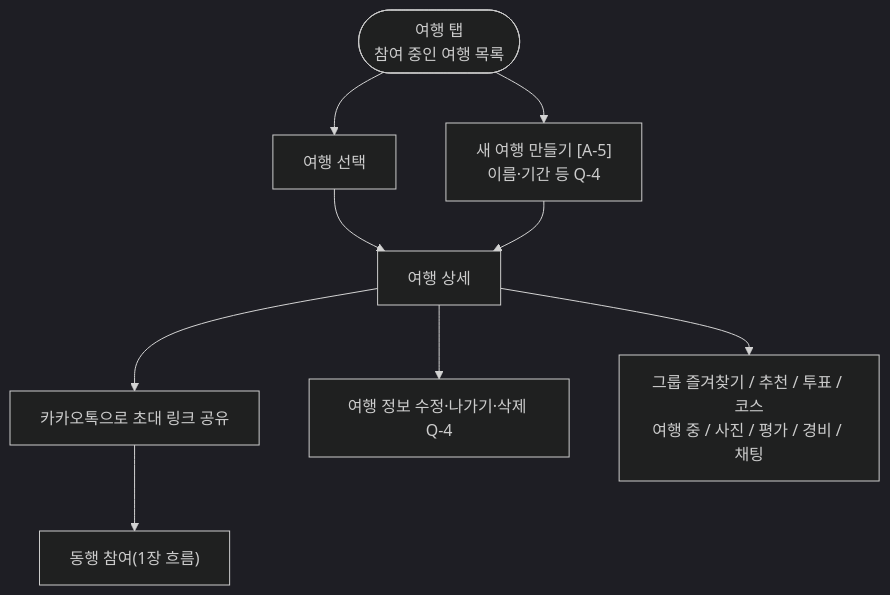
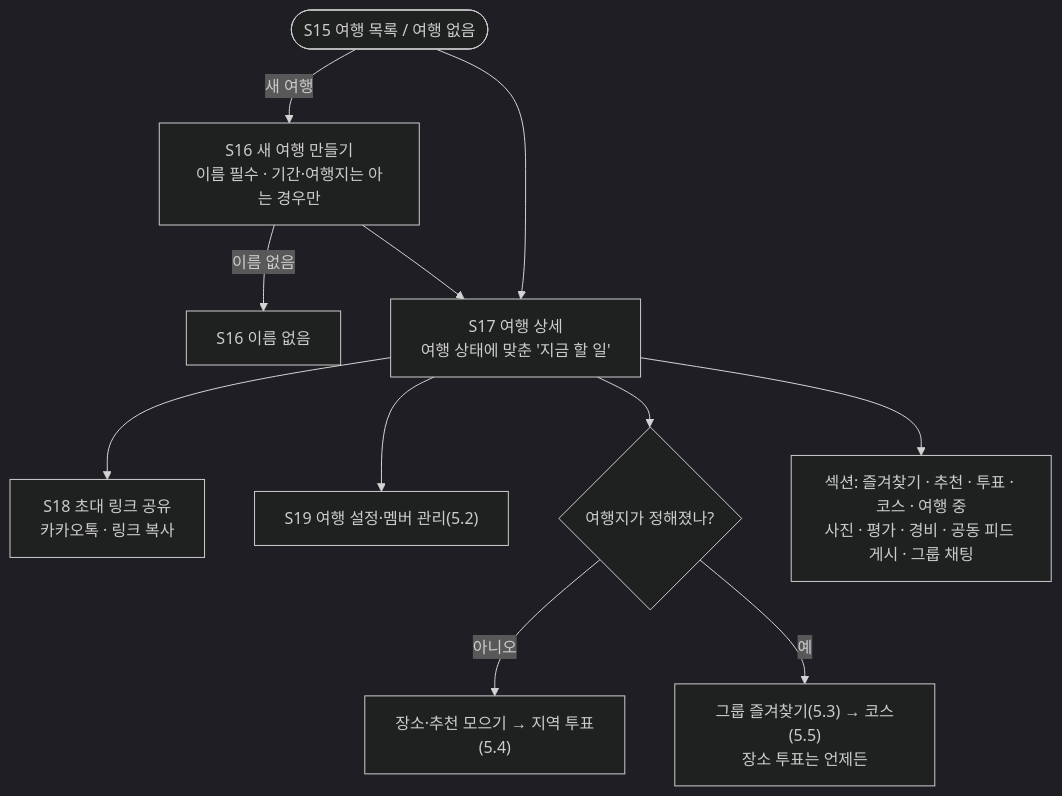
Before and after one commit to a204-eodilog/eodilog: the ninth of 24 diagrams in docs/flow/user-flow.md, drawn with Mermaid (dark theme). The commit also changed other lines of this file, not shown here.

````diff
--- a/docs/flow/user-flow.md
+++ b/docs/flow/user-flow.md
@@ -240,10 +230,13 @@
 ```mermaid
 flowchart TD
-    TL(["여행 탭<br/>참여 중인 여행 목록"]) --> OPEN["여행 선택"] --> TD["여행 상세"]
-    TL --> NEW["새 여행 만들기 [A-5]<br/>이름·기간 등 Q-4"]
-    NEW --> TD
-    TD --> INV["카카오톡으로 초대 링크 공유"]
-    INV --> JOIN["동행 참여(1장 흐름)"]
-    TD --> MNG["여행 정보 수정·나가기·삭제 Q-4"]
-    TD --> TABS["그룹 즐겨찾기 / 추천 / 투표 / 코스<br/>여행 중 / 사진 / 평가 / 경비 / 채팅"]
+    S15(["S15 여행 목록 / 여행 없음"]) -- "새 여행" --> S16["S16 새 여행 만들기<br/>이름 필수 · 기간·여행지는 아는 경우만"]
+    S16 -- "이름 없음" --> S16E["S16 이름 없음"]
+    S16 --> S17
+    S15 --> S17["S17 여행 상세<br/>여행 상태에 맞춘 '지금 할 일'"]
+    S17 --> S18["S18 초대 링크 공유<br/>카카오톡 · 링크 복사"]
+    S17 --> S19["S19 여행 설정·멤버 관리(5.2)"]
+    S17 --> NX{"여행지가 정해졌나?"}
+    NX -- "아니오" --> VOTE["장소·추천 모으기 → 지역 투표(5.4)"]
+    NX -- "예" --> COL["그룹 즐겨찾기(5.3) → 코스(5.5)<br/>장소 투표는 언제든"]
+    S17 --> SEC["섹션: 즐겨찾기 · 추천 · 투표 · 코스 · 여행 중<br/>사진 · 평가 · 경비 · 공동 피드 게시 · 그룹 채팅"]
 ```
````
